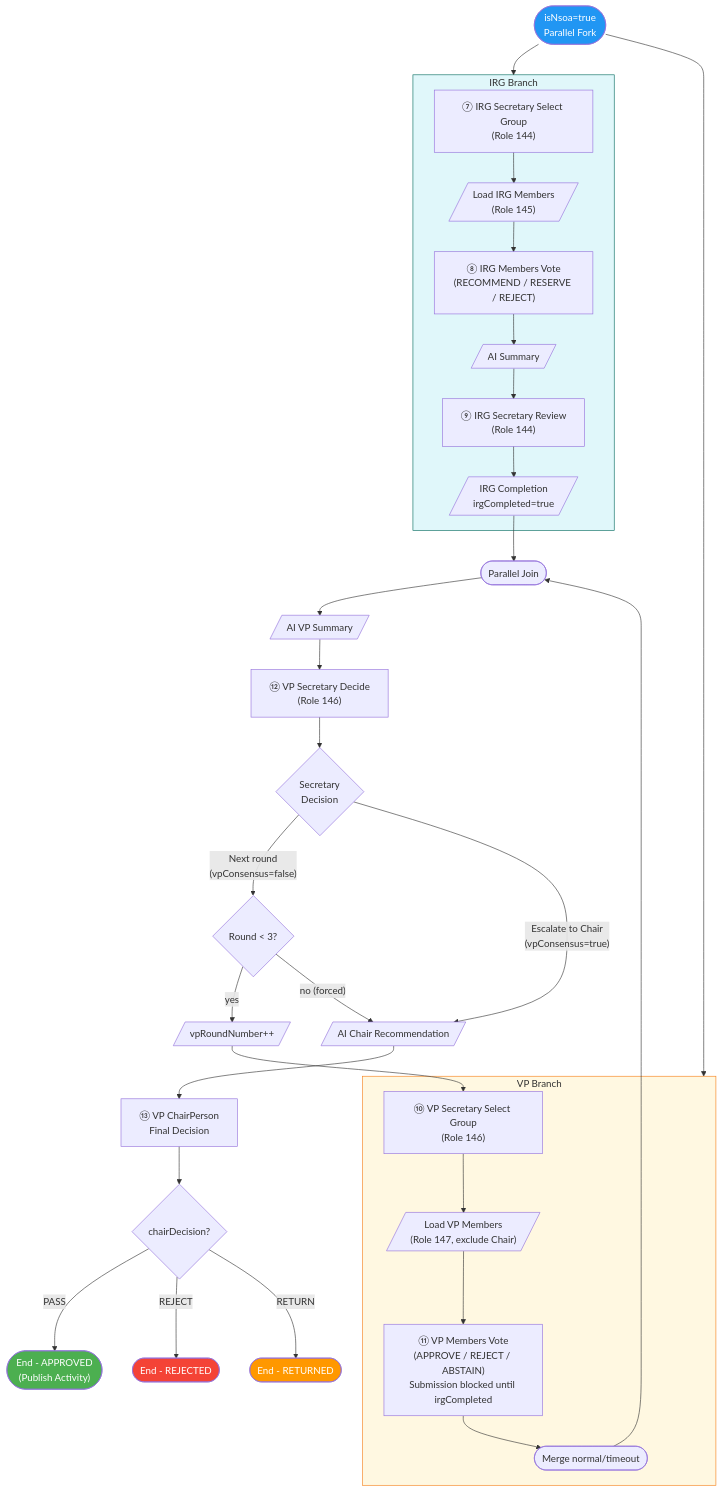
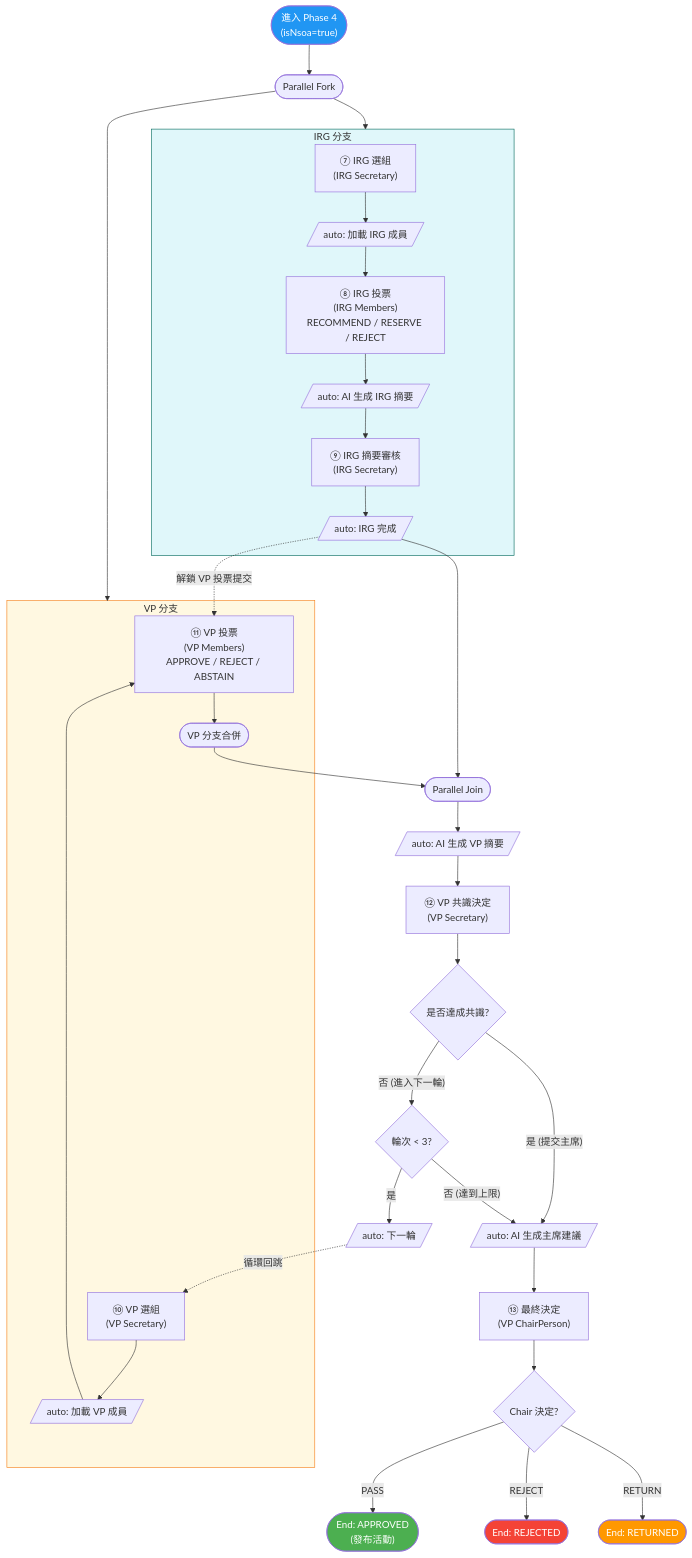
Before and after one commit to OneStar-Projects/SLAS-Docs: the third of 3 diagrams in activity-publish-workflow-design.md, drawn with Mermaid. The commit also changed other lines of this file and 1 other file, not shown here.

````diff
--- a/activity-publish-workflow-design.md
+++ b/activity-publish-workflow-design.md
@@ -243,49 +297,51 @@
 ```mermaid
 flowchart TD
-    Entry(["isNsoa=true<br/>Parallel Fork"])
+    Entry(["進入 Phase 4<br/>(isNsoa=true)"])
+    Entry --> ParallelFork(["Parallel Fork"])
 
-    Entry --> IRGBranch
-    Entry --> VPBranch
+    ParallelFork --> IRGBranch
+    ParallelFork --> VPBranch
 
-    subgraph IRGBranch["IRG Branch"]
-        IRGSelect["⑦ IRG Secretary Select Group<br/>(Role 144)"]
-        IRGSelect --> LoadIRG[/"Load IRG Members<br/>(Role 145)"/]
-        LoadIRG --> IRGVote["⑧ IRG Members Vote<br/>(RECOMMEND / RESERVE / REJECT)"]
-        IRGVote --> IRGSummary[/"AI Summary"/]
-        IRGSummary --> IRGReview["⑨ IRG Secretary Review<br/>(Role 144)"]
-        IRGReview --> IRGDone[/"IRG Completion<br/>irgCompleted=true"/]
+    subgraph IRGBranch["IRG 分支"]
+        IRGSelect["⑦ IRG 選組<br/>(IRG Secretary)"]
+        IRGSelect --> LoadIRG[/"auto: 加載 IRG 成員"/]
+        LoadIRG --> IRGVote["⑧ IRG 投票<br/>(IRG Members)<br/>RECOMMEND / RESERVE / REJECT"]
+        IRGVote --> IRGSummary[/"auto: AI 生成 IRG 摘要"/]
+        IRGSummary --> IRGReview["⑨ IRG 摘要審核<br/>(IRG Secretary)"]
+        IRGReview --> IRGDone[/"auto: IRG 完成"/]
     end
 
-    subgraph VPBranch["VP Branch"]
-        VPSelect["⑩ VP Secretary Select Group<br/>(Role 146)"]
-        VPSelect --> LoadVP[/"Load VP Members<br/>(Role 147, exclude Chair)"/]
-        LoadVP --> VPVote["⑪ VP Members Vote<br/>(APPROVE / REJECT / ABSTAIN)<br/>Submission blocked until irgCompleted"]
-        VPVote --> VPMerge(["Merge normal/timeout"])
+    subgraph VPBranch["VP 分支"]
+        VPSelect["⑩ VP 選組<br/>(VP Secretary)"]
+        VPSelect --> LoadVP[/"auto: 加載 VP 成員"/]
+        LoadVP --> VPVote["⑪ VP 投票<br/>(VP Members)<br/>APPROVE / REJECT / ABSTAIN"]
+        VPVote --> VPMerge(["VP 分支合併"])
     end
 
+    IRGDone -.->|"解鎖 VP 投票提交"| VPVote
     IRGDone --> Join(["Parallel Join"])
     VPMerge --> Join
 
-    Join --> VPSummary[/"AI VP Summary"/]
-    VPSummary --> VPDecide["⑫ VP Secretary Decide<br/>(Role 146)"]
-    VPDecide --> Gate{Secretary<br/>Decision}
-    Gate -->|"Next round<br/>(vpConsensus=false)"| RoundCheck{Round < 3?}
-    RoundCheck -->|"yes"| Increment[/"vpRoundNumber++"/]
-    Increment --> VPSelect
-    RoundCheck -->|"no (forced)"| ChairAI
-    Gate -->|"Escalate to Chair<br/>(vpConsensus=true)"| ChairAI
+    Join --> VPSummary[/"auto: AI 生成 VP 摘要"/]
+    VPSummary --> VPDecide["⑫ VP 共識決定<br/>(VP Secretary)"]
+    VPDecide --> Gate{是否達成共識?}
+    Gate -->|"是 (提交主席)"| ChairAI
+    Gate -->|"否 (進入下一輪)"| RoundCheck{輪次 < 3?}
+    RoundCheck -->|"是"| Increment[/"auto: 下一輪"/]
+    Increment -.->|"循環回跳"| VPSelect
+    RoundCheck -->|"否 (達到上限)"| ChairAI
 
-    ChairAI[/"AI Chair Recommendation"/]
-    ChairAI --> Chair["⑬ VP ChairPerson<br/>Final Decision"]
-    Chair --> FinalGate{chairDecision?}
-    FinalGate -->|"PASS"| EndApproved(["End - APPROVED<br/>(Publish Activity)"])
-    FinalGate -->|"REJECT"| EndRejected(["End - REJECTED"])
-    FinalGate -->|"RETURN"| EndReturned(["End - RETURNED"])
+    ChairAI[/"auto: AI 生成主席建議"/]
+    ChairAI --> Chair["⑬ 最終決定<br/>(VP ChairPerson)"]
+    Chair --> FinalGate{Chair 決定?}
+    FinalGate -->|"PASS"| EndApproved(["End: APPROVED<br/>(發布活動)"])
+    FinalGate -->|"REJECT"| EndRejected(["End: REJECTED"])
+    FinalGate -->|"RETURN"| EndReturned(["End: RETURNED"])
 
     style Entry fill:#2196F3,color:#fff
     style EndApproved fill:#4CAF50,color:#fff
     style EndRejected fill:#f44336,color:#fff
     style EndReturned fill:#FF9800,color:#fff
     style IRGBranch fill:#E0F7FA,stroke:#00695C
     style VPBranch fill:#FFF8E1,stroke:#F57F17
 ```
````
